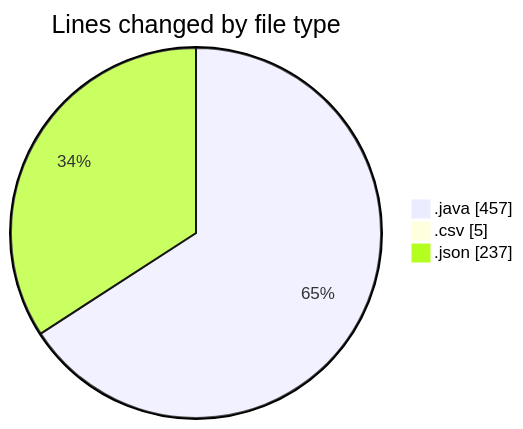
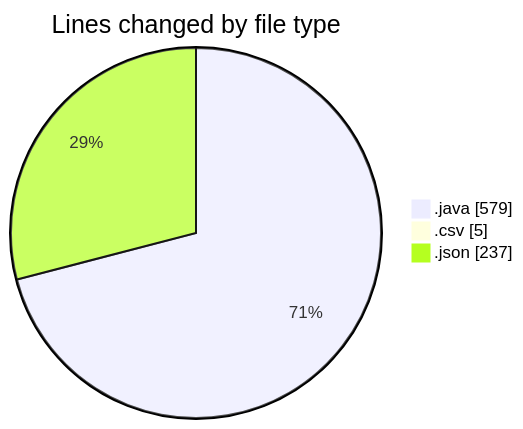
The first of 2 diagrams in 2026-09-10/cilapp/README.md (ricardozamudiocil/code-tracking), drawn with Mermaid before and after one commit. The commit also changed other lines of this file and 1 other file, not shown here.

````diff
--- a/2026-09-10/cilapp/README.md
+++ b/2026-09-10/cilapp/README.md
@@ -23,7 +23,7 @@
 ```mermaid
 pie showData
 title Lines changed by file type
-".java" : 457
+".java" : 579
 ".csv" : 5
 ".json" : 237
 ```
````
